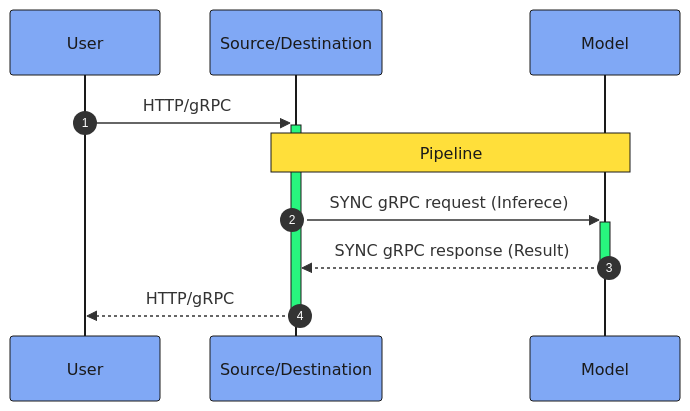
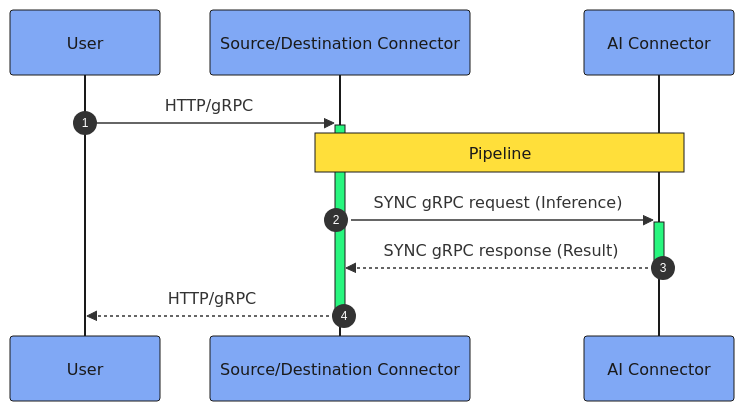
The diagram in public/docs-assets/core-concepts/mermaid/sync.mmd (instill-ai/instill.tech), drawn with Mermaid before and after one commit. The commit also changed 87 other files, not shown here.

```diff
--- a/public/docs-assets/core-concepts/mermaid/sync.mmd
+++ b/public/docs-assets/core-concepts/mermaid/sync.mmd
@@ -1,29 +1,29 @@
 %%{
   init: {
     'themeVariables': {
       'primaryBorderColor': '#1A1A1A',
       'secondaryBorderColor': '#1A1A1A',
       'tertiaryBorderColor': '#1A1A1A',
       'lineColor': '#1A1A1A',
       'actorBkg': '#80A8F5',
       'actorBorder': '#1A1A1A',
       'actorTextColor': '#1A1A1A',
       'actorLineColor': '#1A1A1A',
       'noteBkgColor': '#FFDF3A',
       'noteBorderColor': '#1A1A1A',
       'noteTextColor': '#1A1A1A',
       'activationBkgColor': '#28F67E',
       'activationBorderColor': '#1A1A1A',
       'sequenceNumberColor': '#FFFFFF',
       'textColor': '#1A1A1A'
     },
     'themeCSS': 'background-color: white;'
   }
 }%%
 sequenceDiagram
   autonumber
-  User->>+Source/Destination: HTTP/gRPC
-  Note over Source/Destination,Model: Pipeline
-  Source/Destination->>+Model: SYNC gRPC request (Inferece)
-  Model-->>-Source/Destination: SYNC gRPC response (Result)
-  Source/Destination-->>-User: HTTP/gRPC
+  User->>+Source/Destination Connector: HTTP/gRPC
+  Note over Source/Destination Connector,AI Connector: Pipeline
+  Source/Destination Connector->>+AI Connector: SYNC gRPC request (Inference)
+  AI Connector-->>-Source/Destination Connector: SYNC gRPC response (Result)
+  Source/Destination Connector-->>-User: HTTP/gRPC
```
